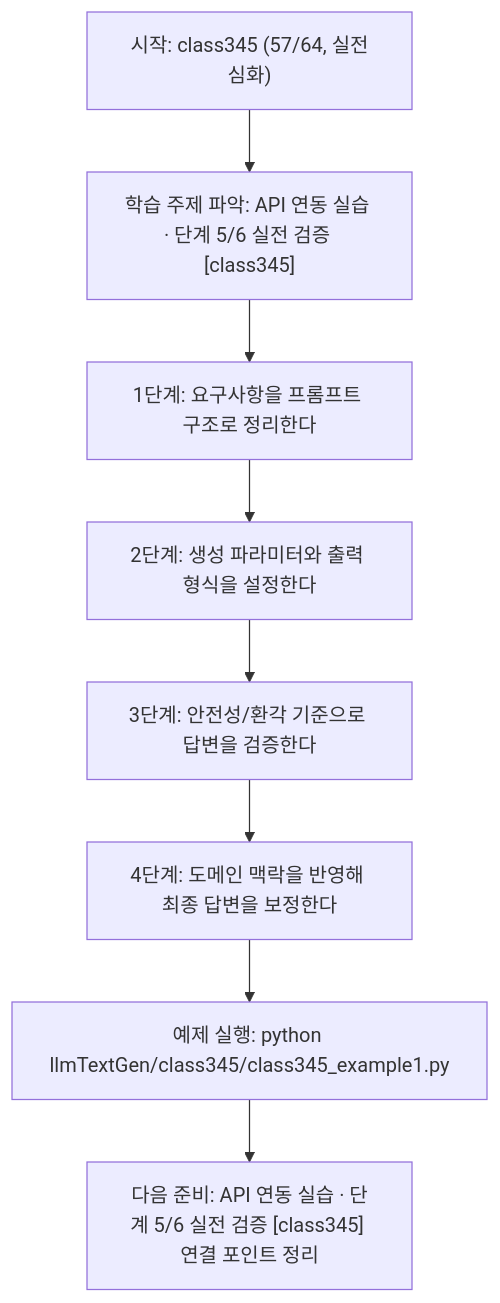
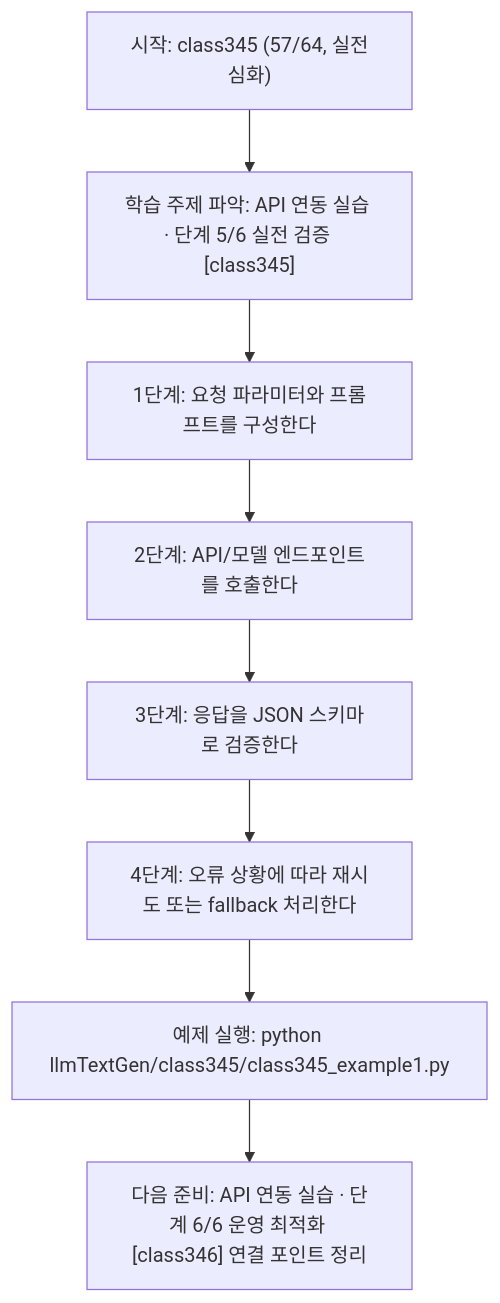
One commit to edumgt/Python-AI_Agent-Class changed the diagram in llmTextGen/class345/class345.md. Above: the diagram before and after it, drawn with Mermaid. The commit also changed other lines of this file and 451 other files, not shown here.

````diff
--- a/llmTextGen/class345/class345.md
+++ b/llmTextGen/class345/class345.md
@@ -114,18 +95,18 @@
 ```mermaid
 flowchart TD
 N1["시작: class345 (57/64, 실전심화)"]
 N2["학습 주제 파악: API 연동 실습 · 단계 5/6 실전 검증 [class345]"]
-N3["1단계: 요구사항을 프롬프트 구조로 정리한다"]
-N4["2단계: 생성 파라미터와 출력 형식을 설정한다"]
-N5["3단계: 안전성/환각 기준으로 답변을 검증한다"]
-N6["4단계: 도메인 맥락을 반영해 최종 답변을 보정한다"]
+N3["1단계: 요청 파라미터와 프롬프트를 구성한다"]
+N4["2단계: API/모델 엔드포인트를 호출한다"]
+N5["3단계: 응답을 JSON 스키마로 검증한다"]
+N6["4단계: 오류 상황에 따라 재시도 또는 fallback 처리한다"]
 N7["예제 실행: python llmTextGen/class345/class345_example1.py"]
-N8["다음 준비: API 연동 실습 · 단계 5/6 실전 검증 [class345] 연결 포인트 정리"]
+N8["다음 준비: API 연동 실습 · 단계 6/6 운영 최적화 [class346] 연결 포인트 정리"]
 N1 --> N2
 N2 --> N3
 N3 --> N4
 N4 --> N5
 N5 --> N6
 N6 --> N7
 N7 --> N8
 ```
````
